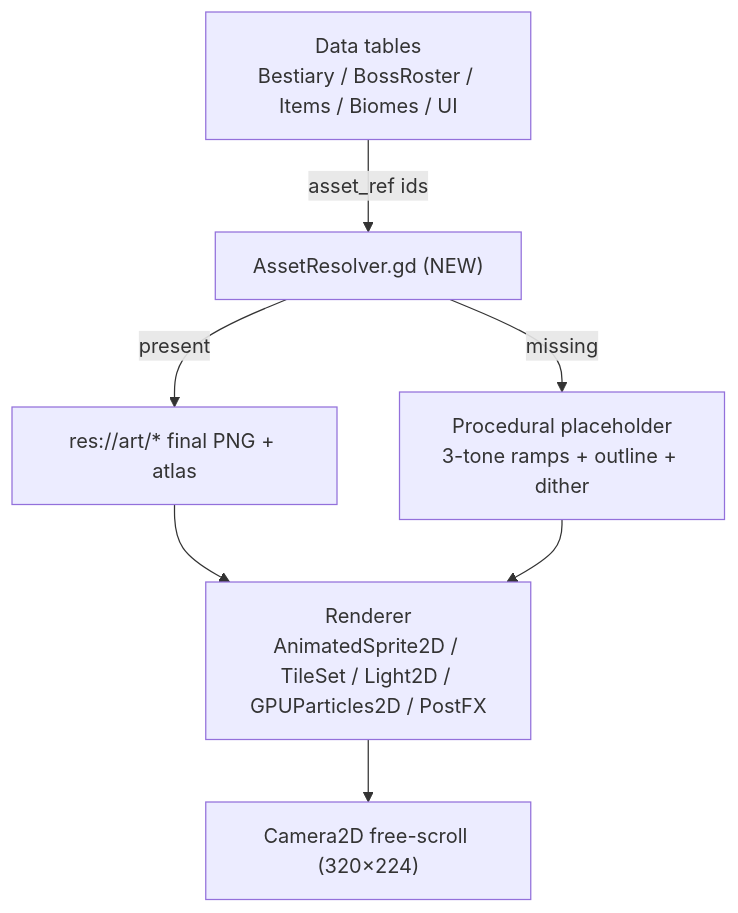
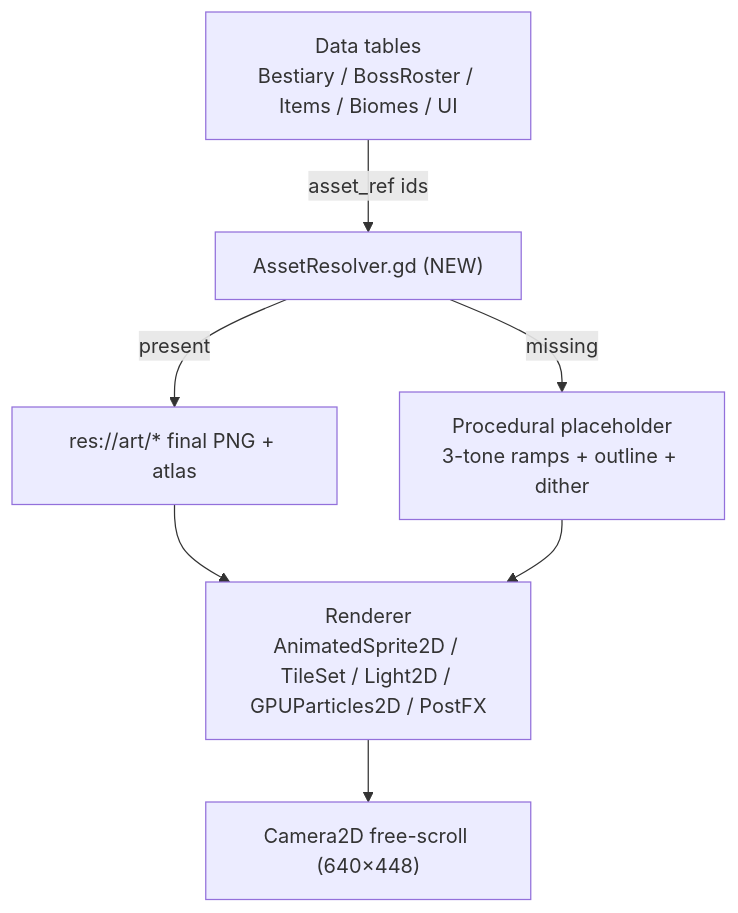
Before and after one commit to nto-live/weird_world_forever: the fifth of 6 diagrams in .kiro/specs/procedural-zelda-game/design.md, drawn with Mermaid. The commit also changed other lines of this file and 7 other files, not shown here.

Commit message:
Design: retarget graphics to 32px grid; large biomes (80x56 tiles); emerald-leaf health (docs only)

````diff
--- a/.kiro/specs/procedural-zelda-game/design.md
+++ b/.kiro/specs/procedural-zelda-game/design.md
@@ -1431,10 +1431,10 @@
 ```mermaid
 graph TD
     Data["Data tables\nBestiary / BossRoster / Items / Biomes / UI"]
     Data -->|asset_ref ids| Resolver["AssetResolver.gd (NEW)"]
     Resolver -->|present| Real["res://art/* final PNG + atlas"]
     Resolver -->|missing| Placeholder["Procedural placeholder\n3-tone ramps + outline + dither"]
     Real --> Render["Renderer\nAnimatedSprite2D / TileSet / Light2D / GPUParticles2D / PostFX"]
     Placeholder --> Render
-    Render --> Camera["Camera2D free-scroll (320×224)"]
+    Render --> Camera["Camera2D free-scroll (640×448)"]
 ```
````
